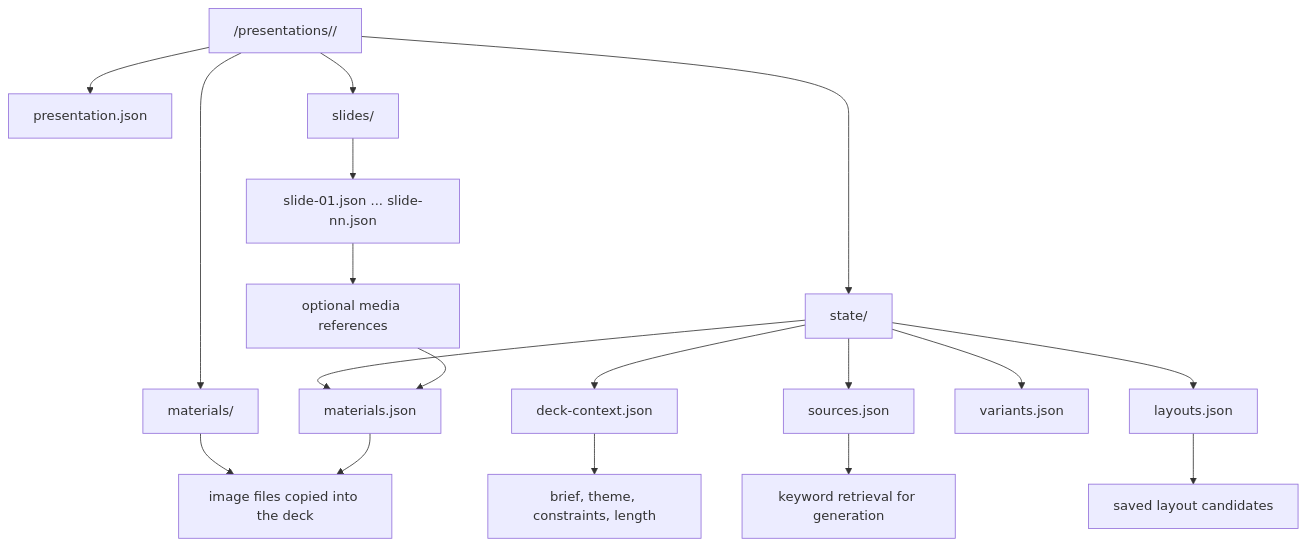
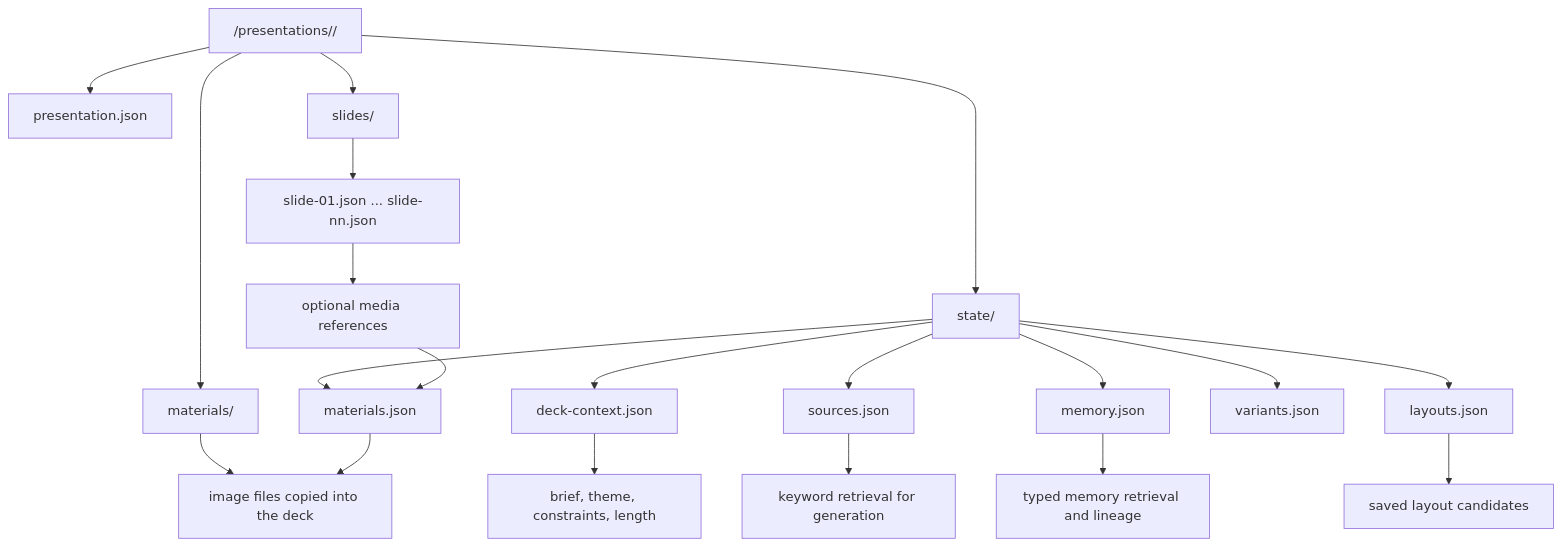
Before and after one commit to bebraw/slideotter: the second of 5 diagrams in docs/ARCHITECTURE.md, drawn with Mermaid. The commit also changed other lines of this file and 4 other files, not shown here.

````diff
--- a/docs/ARCHITECTURE.md
+++ b/docs/ARCHITECTURE.md
@@ -188,22 +192,24 @@
 ```mermaid
 flowchart TB
     root["/presentations/<id>/"] --> manifest["presentation.json"]
     root --> slidesDir["slides/"]
     root --> stateDir["state/"]
     root --> materialsDir["materials/"]
 
     slidesDir --> slideSpecs["slide-01.json ... slide-nn.json"]
     stateDir --> deckContext["deck-context.json"]
     stateDir --> sourcesJson["sources.json"]
+    stateDir --> memoryJson["memory.json"]
     stateDir --> materialsJson["materials.json"]
     stateDir --> variantsJson["variants.json"]
     stateDir --> layoutsJson["layouts.json"]
     materialsDir --> images["image files copied into the deck"]
 
     slideSpecs --> mediaRefs["optional media references"]
     mediaRefs --> materialsJson
     materialsJson --> images
     sourcesJson --> retrieval["keyword retrieval for generation"]
+    memoryJson --> memoryRetrieval["typed memory retrieval and lineage"]
     deckContext --> generation["brief, theme, constraints, length"]
     layoutsJson --> layoutCandidates["saved layout candidates"]
 ```
````
